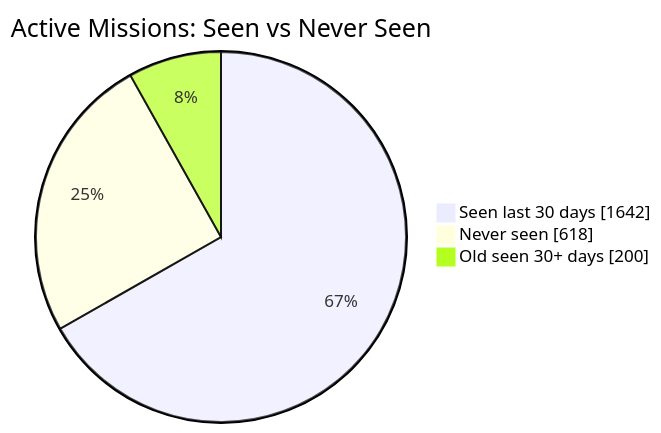
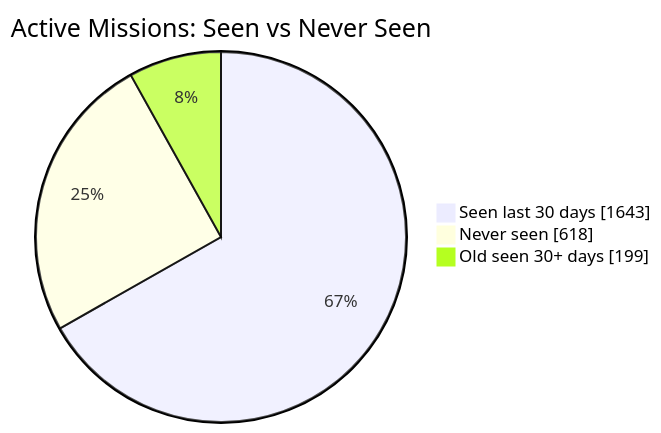
Before and after one commit to MeldkamerspelGameTeam/active-missions: the first of 2 diagrams in README.md, drawn with Mermaid. The commit also changed other lines of this file and 2 other files, not shown here.

````diff
--- a/README.md
+++ b/README.md
@@ -34,7 +34,7 @@
 ```mermaid
 pie showData
     title Active Missions: Seen vs Never Seen
-    "Seen last 30 days" : 1642
+    "Seen last 30 days" : 1643
     "Never seen" : 618
-    "Old seen 30+ days" : 200
+    "Old seen 30+ days" : 199
 ```
````
